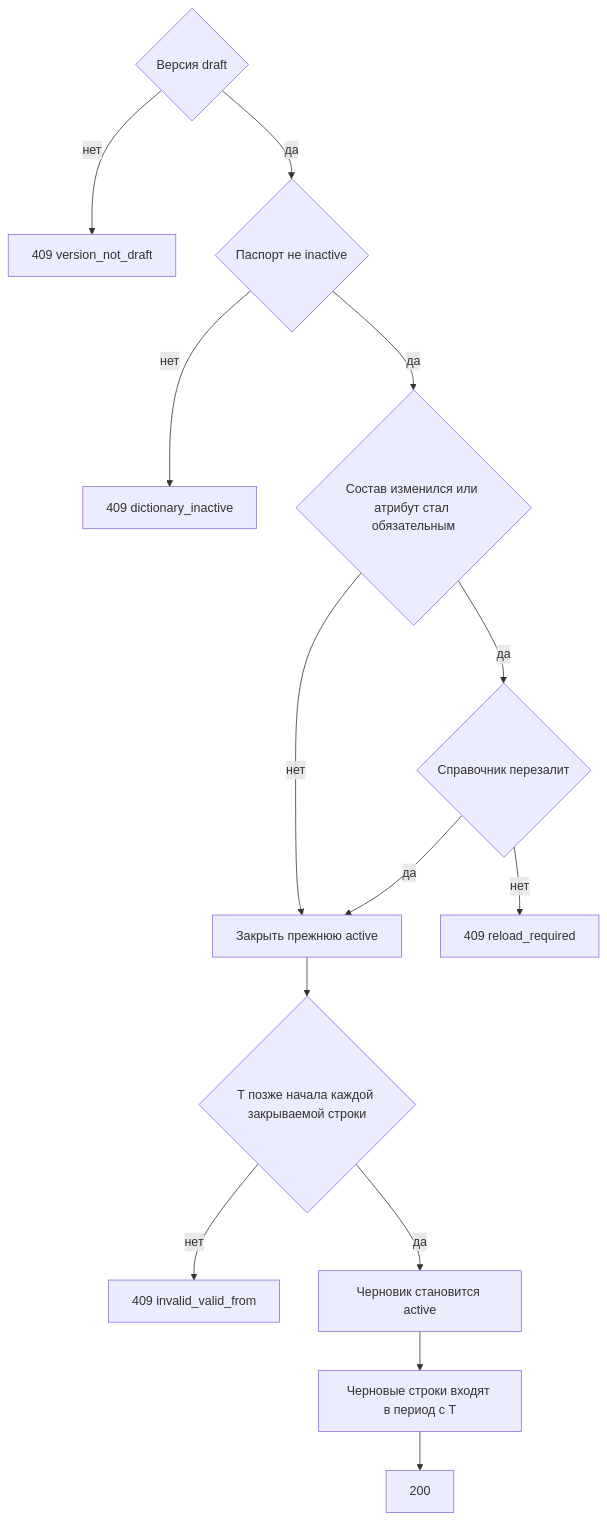
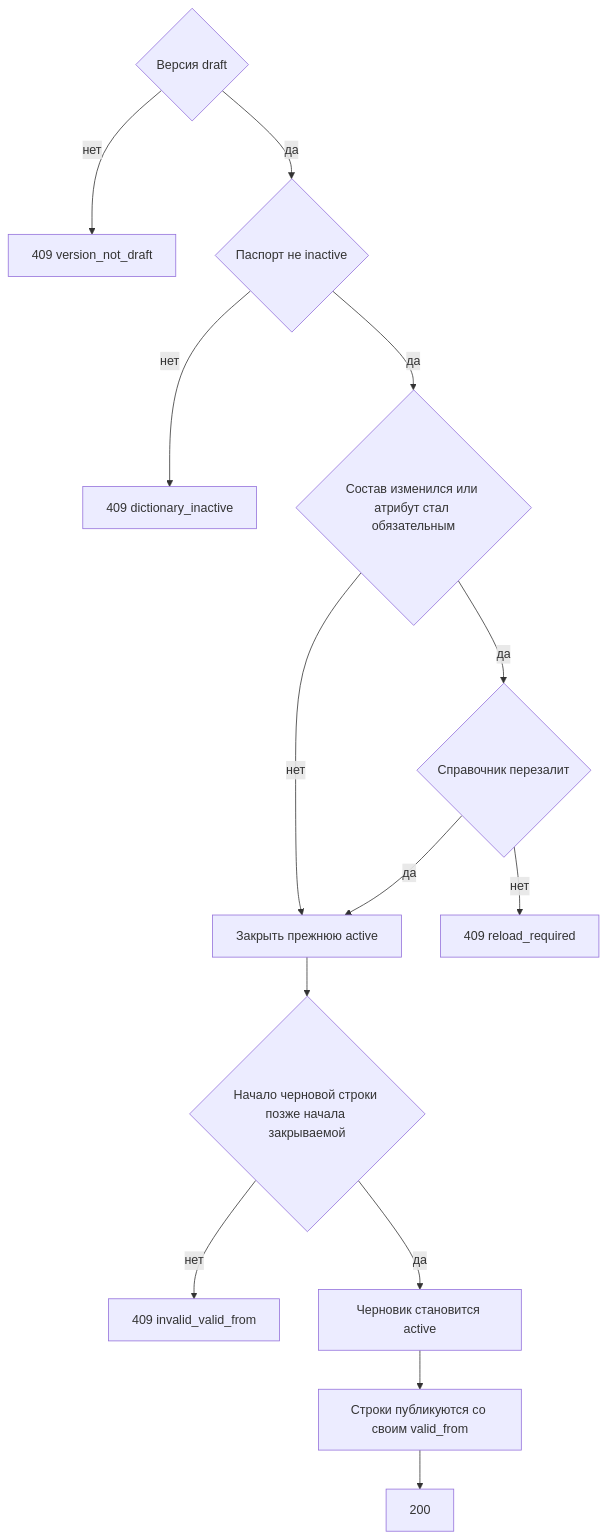
The diagram in docs/1. functional/specification/v2 - 1 таблица/api/management.api/MetadataController/post_publish.md (StrannikE95/reference_data), drawn with Mermaid before and after one commit. The commit also changed other lines of this file and 6 other files, not shown here.

````diff
--- a/docs/1. functional/specification/v2 - 1 таблица/api/management.api/MetadataController/post_publish.md
+++ b/docs/1. functional/specification/v2 - 1 таблица/api/management.api/MetadataController/post_publish.md
@@ -73,16 +73,16 @@
 ```mermaid
 flowchart TD
   draft{"Версия draft"} -->|нет| bad["409 version_not_draft"]
   draft -->|да| live{"Паспорт не inactive"}
   live -->|нет| off["409 dictionary_inactive"]
   live -->|да| diff{"Состав изменился или атрибут стал обязательным"}
   diff -->|да| ready{"Справочник перезалит"}
   diff -->|нет| close["Закрыть прежнюю active"]
   ready -->|нет| reload["409 reload_required"]
   ready -->|да| close
-  close --> period{"T позже начала каждой закрываемой строки"}
+  close --> period{"Начало черновой строки позже начала закрываемой"}
   period -->|нет| badFrom["409 invalid_valid_from"]
   period -->|да| pub["Черновик становится active"]
-  pub --> rows["Черновые строки входят в период с T"]
+  pub --> rows["Строки публикуются со своим valid_from"]
   rows --> ok["200"]
 ```
````
